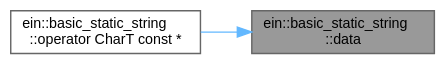
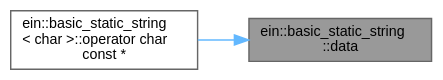
The diagram in classein_1_1basic__static__string_a7d0ca2440fbf9d4df909547b0086f765_icgraph.dot (ekmett/ein), drawn with Graphviz before and after one commit. The commit also changed 212 other files, not shown here.

```diff
--- a/classein_1_1basic__static__string_a7d0ca2440fbf9d4df909547b0086f765_icgraph.dot
+++ b/classein_1_1basic__static__string_a7d0ca2440fbf9d4df909547b0086f765_icgraph.dot
@@ -1,12 +1,12 @@
 digraph "ein::basic_static_string::data"
 {
  // INTERACTIVE_SVG=YES
  // LATEX_PDF_SIZE
   bgcolor="transparent";
   edge [fontname=Helvetica,fontsize=10,labelfontname=Helvetica,labelfontsize=10];
   node [fontname=Helvetica,fontsize=10,shape=box,height=0.2,width=0.4];
   rankdir="RL";
   Node1 [id="Node000001",label="ein::basic_static_string\l::data",height=0.2,width=0.4,color="gray40", fillcolor="grey60", style="filled", fontcolor="black",tooltip=" "];
   Node1 -> Node2 [id="edge1_Node000001_Node000002",dir="back",color="steelblue1",style="solid",tooltip=" "];
-  Node2 [id="Node000002",label="ein::basic_static_string\l::operator CharT const *",height=0.2,width=0.4,color="grey40", fillcolor="white", style="filled",URL="$classein_1_1basic__static__string.html#abff06f399f5a4397ed802296d5a51037",tooltip=" "];
+  Node2 [id="Node000002",label="ein::basic_static_string\l\< char \>::operator char\l const *",height=0.2,width=0.4,color="grey40", fillcolor="white", style="filled",URL="$classein_1_1basic__static__string.html#abff06f399f5a4397ed802296d5a51037",tooltip=" "];
 }
```
